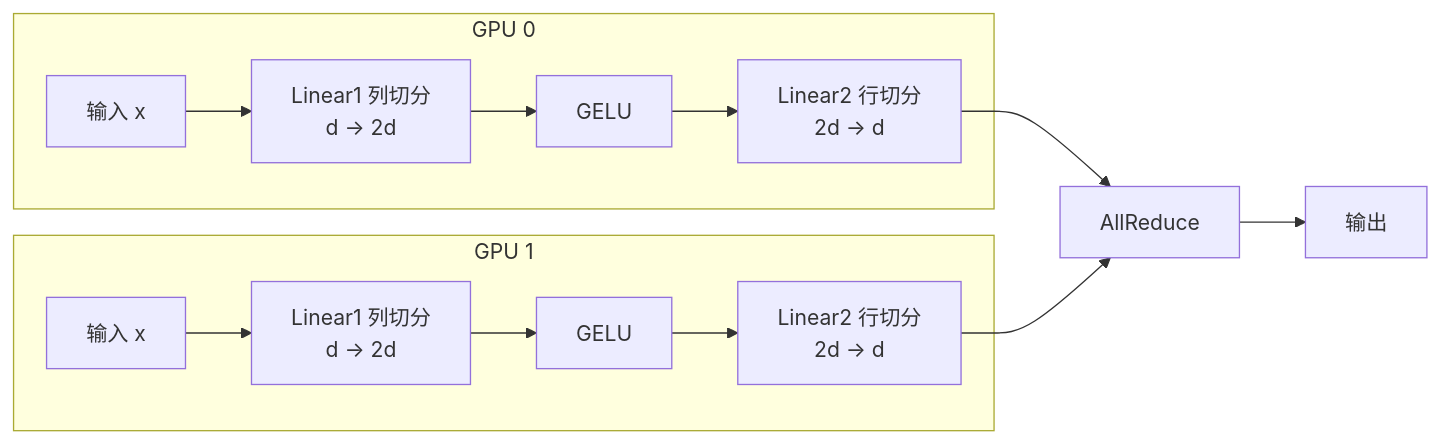
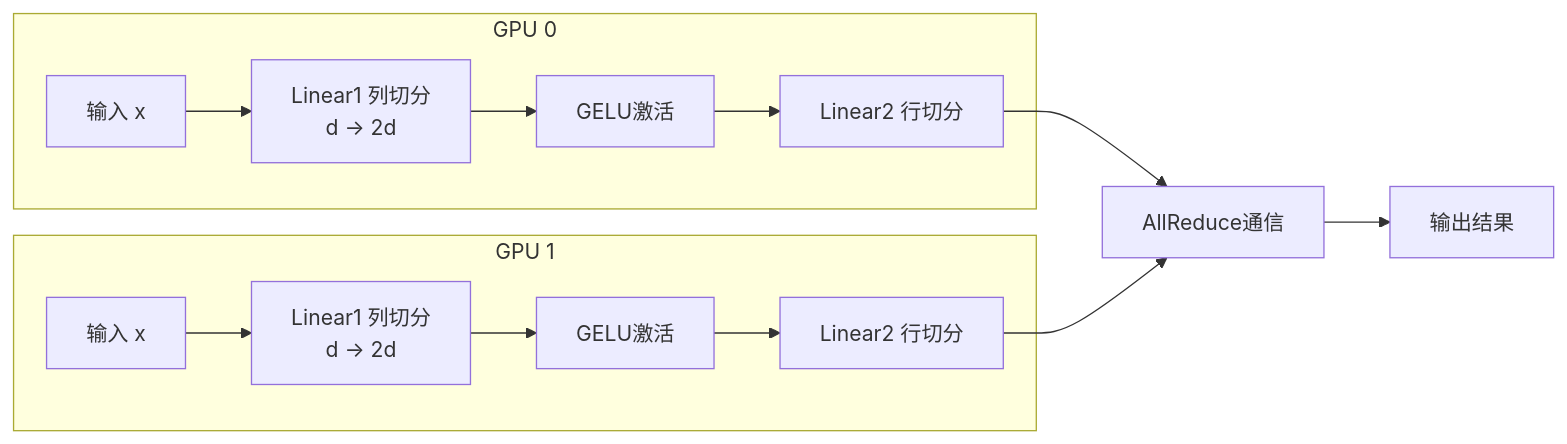
The second of 5 diagrams in learning/website/docs/basics/19-distributed-inference.md (Xunzhuo/mini-sglang), drawn with Mermaid before and after one commit. The commit also changed other lines of this file and 23 other files, not shown here.

````diff
--- a/learning/website/docs/basics/19-distributed-inference.md
+++ b/learning/website/docs/basics/19-distributed-inference.md
@@ -72,18 +86,18 @@
 ```mermaid
 graph LR
     subgraph GPU 0
         X0[输入 x] --> L1_0[Linear1 列切分<br>d → 2d]
-        L1_0 --> G0[GELU]
-        G0 --> L2_0[Linear2 行切分<br>2d → d]
+        L1_0 --> G0[GELU激活]
+        G0 --> L2_0[Linear2 行切分<br2d → d]
     end
     
     subgraph GPU 1
         X1[输入 x] --> L1_1[Linear1 列切分<br>d → 2d]
-        L1_1 --> G1[GELU]
-        G1 --> L2_1[Linear2 行切分<br>2d → d]
+        L1_1 --> G1[GELU激活]
+        G1 --> L2_1[Linear2 行切分<br2d → d]
     end
     
-    L2_0 --> AR[AllReduce]
+    L2_0 --> AR[AllReduce通信]
     L2_1 --> AR
-    AR --> Output[输出]
+    AR --> Output[输出结果]
 ```
````
